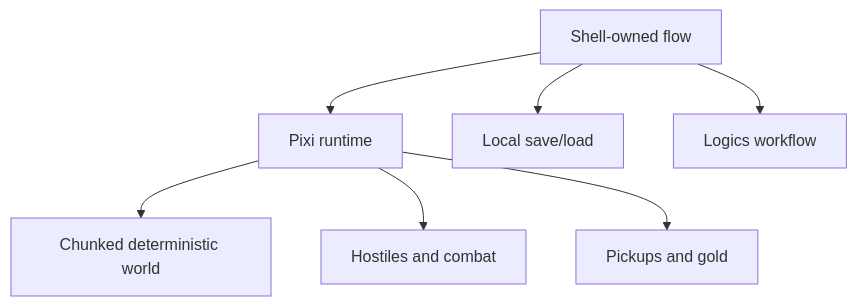
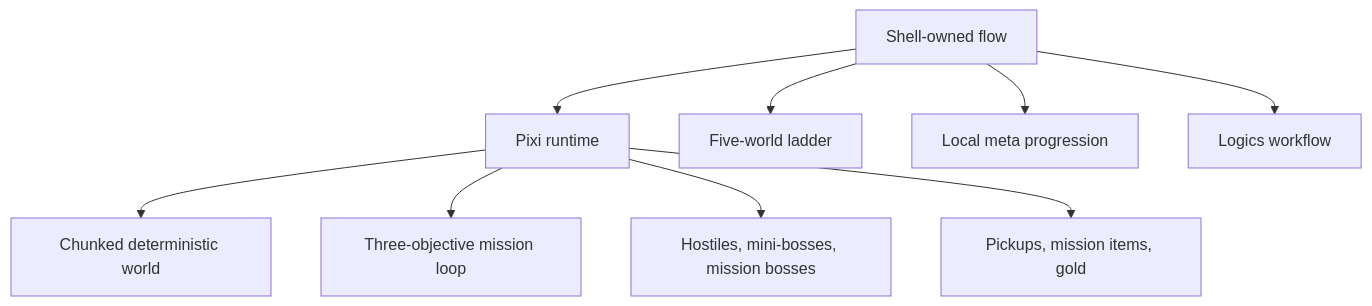
Before and after one commit to AlexAgo83/emberwake: the first of 11 diagrams in README.md, drawn with Mermaid. The commit also changed other lines of this file and 8 other files, not shown here.

Commit message:
Polish shell layout and combat tuning

````diff
--- a/README.md
+++ b/README.md
@@ -28,9 +30,11 @@
 ```mermaid
 flowchart TD
     Shell[Shell-owned flow] --> Runtime[Pixi runtime]
+    Shell --> Worlds[Five-world ladder]
     Runtime --> World[Chunked deterministic world]
-    Runtime --> Combat[Hostiles and combat]
-    Runtime --> Loot[Pickups and gold]
-    Shell --> Persistence[Local save/load]
+    Runtime --> Mission[Three-objective mission loop]
+    Runtime --> Combat[Hostiles, mini-bosses, mission bosses]
+    Runtime --> Loot[Pickups, mission items, gold]
+    Shell --> Persistence[Local meta progression]
     Shell --> Planning[Logics workflow]
 ```
````
